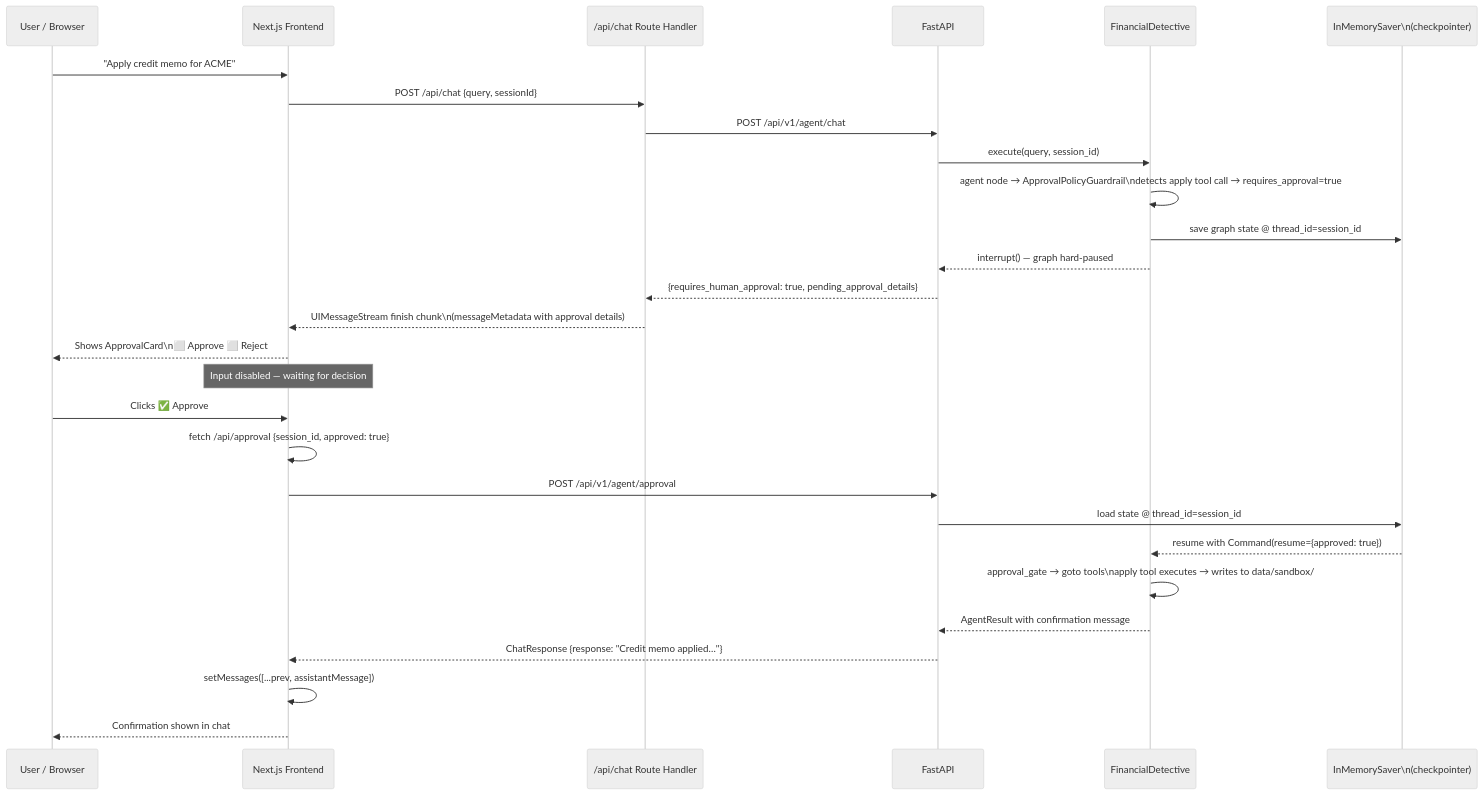
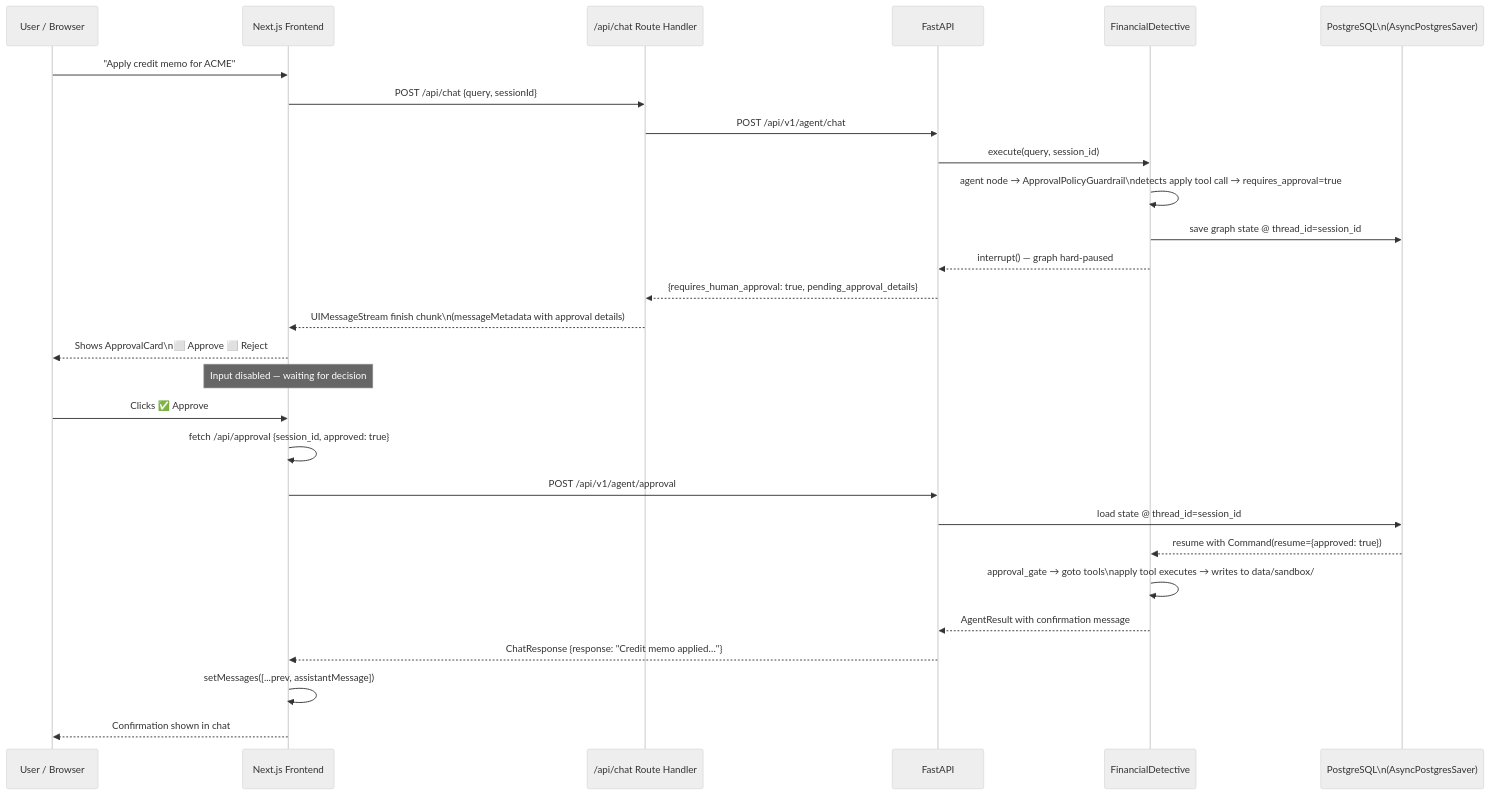
The second of 3 diagrams in docs/architecture-diagrams.md (thesunnysinha/revenue-leakage-agent), drawn with Mermaid (neutral theme) before and after one commit. The commit also changed 64 other files, not shown here.

````diff
--- a/docs/architecture-diagrams.md
+++ b/docs/architecture-diagrams.md
@@ -37,32 +37,32 @@
 ```mermaid
 sequenceDiagram
     participant U as User / Browser
     participant FE as Next.js Frontend
     participant NH as /api/chat Route Handler
     participant API as FastAPI
     participant AG as FinancialDetective
-    participant CP as InMemorySaver\n(checkpointer)
+    participant CP as PostgreSQL\n(AsyncPostgresSaver)
 
     U->>FE: "Apply credit memo for ACME"
     FE->>NH: POST /api/chat {query, sessionId}
     NH->>API: POST /api/v1/agent/chat
     API->>AG: execute(query, session_id)
     AG->>AG: agent node → ApprovalPolicyGuardrail\ndetects apply tool call → requires_approval=true
     AG->>CP: save graph state @ thread_id=session_id
     AG-->>API: interrupt() — graph hard-paused
     API-->>NH: {requires_human_approval: true, pending_approval_details}
     NH-->>FE: UIMessageStream finish chunk\n(messageMetadata with approval details)
     FE-->>U: Shows ApprovalCard\n⬜ Approve  ⬜ Reject
     Note over FE: Input disabled — waiting for decision
 
     U->>FE: Clicks ✅ Approve
     FE->>FE: fetch /api/approval {session_id, approved: true}
     FE->>API: POST /api/v1/agent/approval
     API->>CP: load state @ thread_id=session_id
     CP-->>AG: resume with Command(resume={approved: true})
     AG->>AG: approval_gate → goto tools\napply tool executes → writes to data/sandbox/
     AG-->>API: AgentResult with confirmation message
     API-->>FE: ChatResponse {response: "Credit memo applied…"}
     FE->>FE: setMessages([...prev, assistantMessage])
     FE-->>U: Confirmation shown in chat
 ```
````
